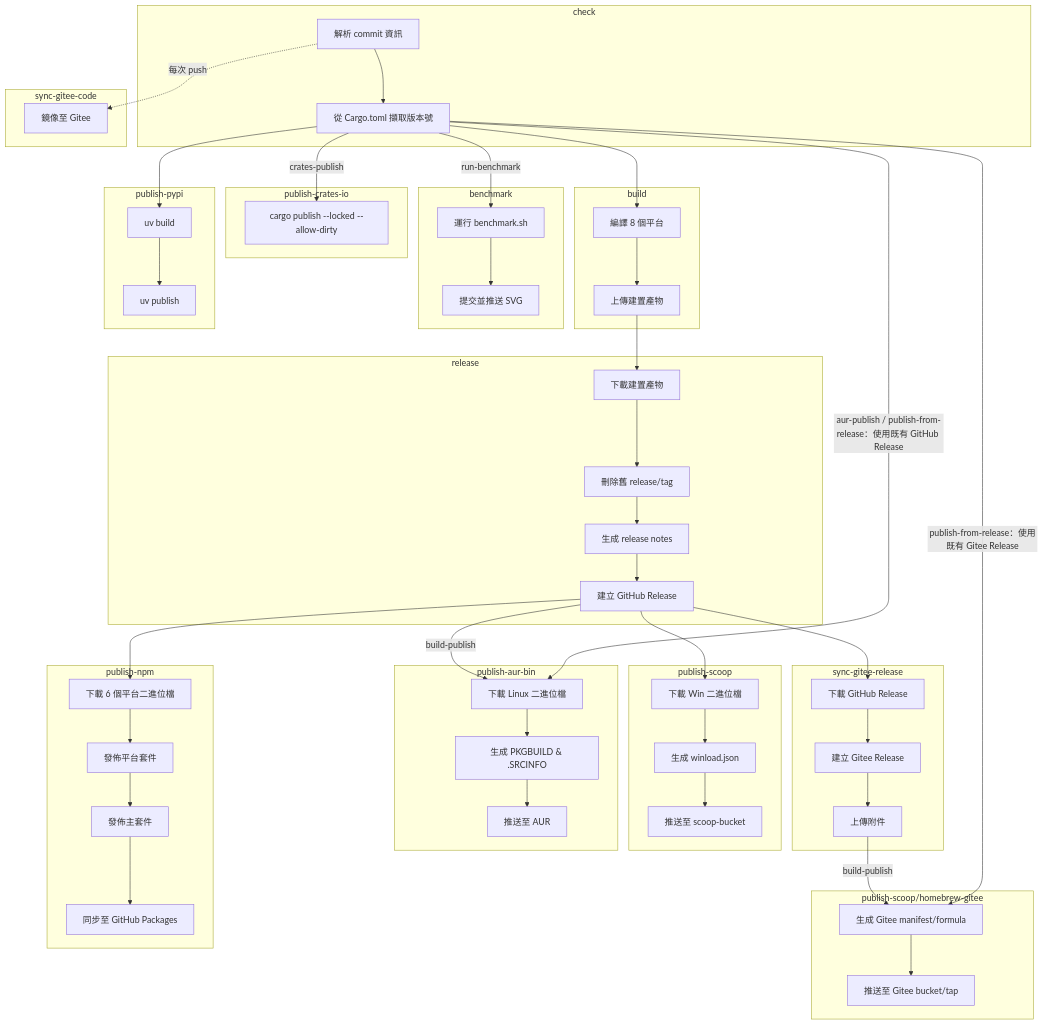
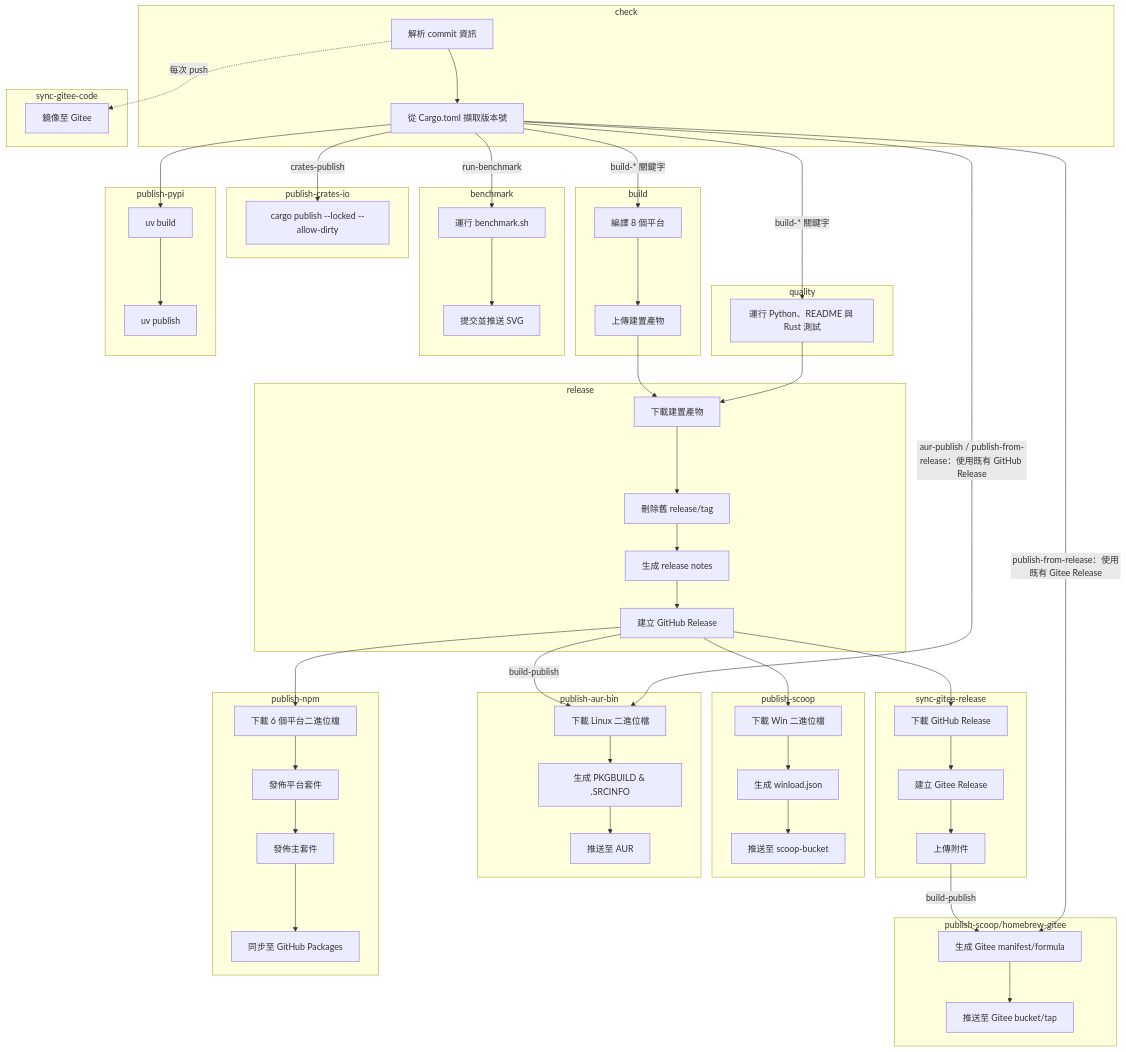
The diagram in .github/workflows/build.zh-tw.md (VincentZyuApps/winload), drawn with Mermaid before and after one commit. The commit also changed other lines of this file and 17 other files, not shown here.

```diff
--- a/.github/workflows/build.zh-tw.md
+++ b/.github/workflows/build.zh-tw.md
@@ -189,6 +190,10 @@
     subgraph build["build"]
         B1[編譯 8 個平台]
         B2[上傳建置產物]
+    end
+
+    subgraph quality["quality"]
+        T1[運行 Python、README 與 Rust 測試]
     end
     
     subgraph release["release"]
@@ -244,13 +249,15 @@
 
     C1 --> C2
     C1 -."每次 push".-> SC1
-    C2 --> B1
+    C2 --"build-* 關鍵字"--> B1
+    C2 --"build-* 關鍵字"--> T1
     C2 --"run-benchmark"--> BM1
     C2 --> PY1
     BM1 --> BM2
     PY1 --> PY2
     B1 --> B2
     B2 --> R1
+    T1 --> R1
     C2 --"crates-publish"--> CR1
     R1 --> R2 --> R3 --> R4
     R4 --> S1
```
